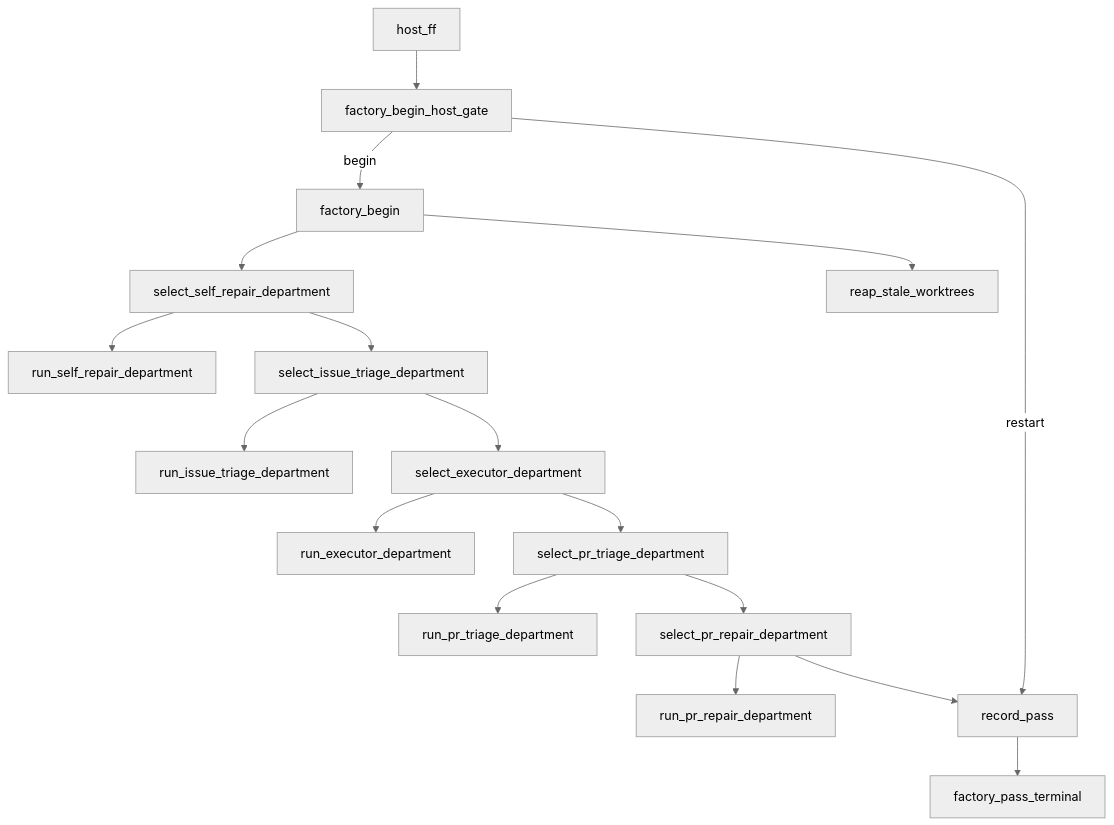
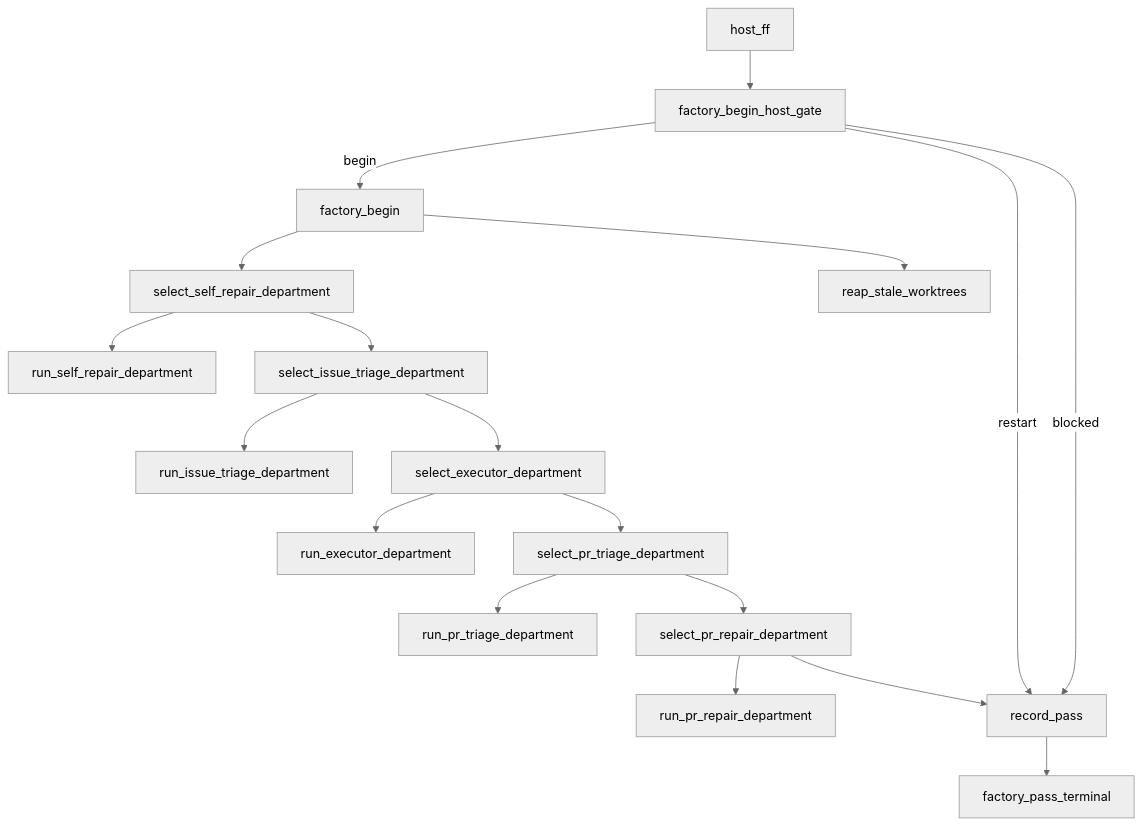
The diagram in docs/GRAPH.md (mikolaj92/lokay), drawn with Mermaid (neutral theme) before and after one commit. The commit also changed other lines of this file and 7 other files, not shown here.

````diff
--- a/docs/GRAPH.md
+++ b/docs/GRAPH.md
@@ -77,13 +77,14 @@
 ```mermaid
 flowchart TD
     host_ff --> factory_begin_host_gate
     factory_begin_host_gate -- begin --> factory_begin
     factory_begin_host_gate -- restart --> record_pass
+    factory_begin_host_gate -- blocked --> record_pass
     factory_begin --> select_self_repair_department --> run_self_repair_department
     select_self_repair_department --> select_issue_triage_department --> run_issue_triage_department
     select_issue_triage_department --> select_executor_department --> run_executor_department
     select_executor_department --> select_pr_triage_department --> run_pr_triage_department
     select_pr_triage_department --> select_pr_repair_department --> run_pr_repair_department
     select_pr_repair_department --> record_pass --> factory_pass_terminal
     factory_begin --> reap_stale_worktrees
 ```
````
